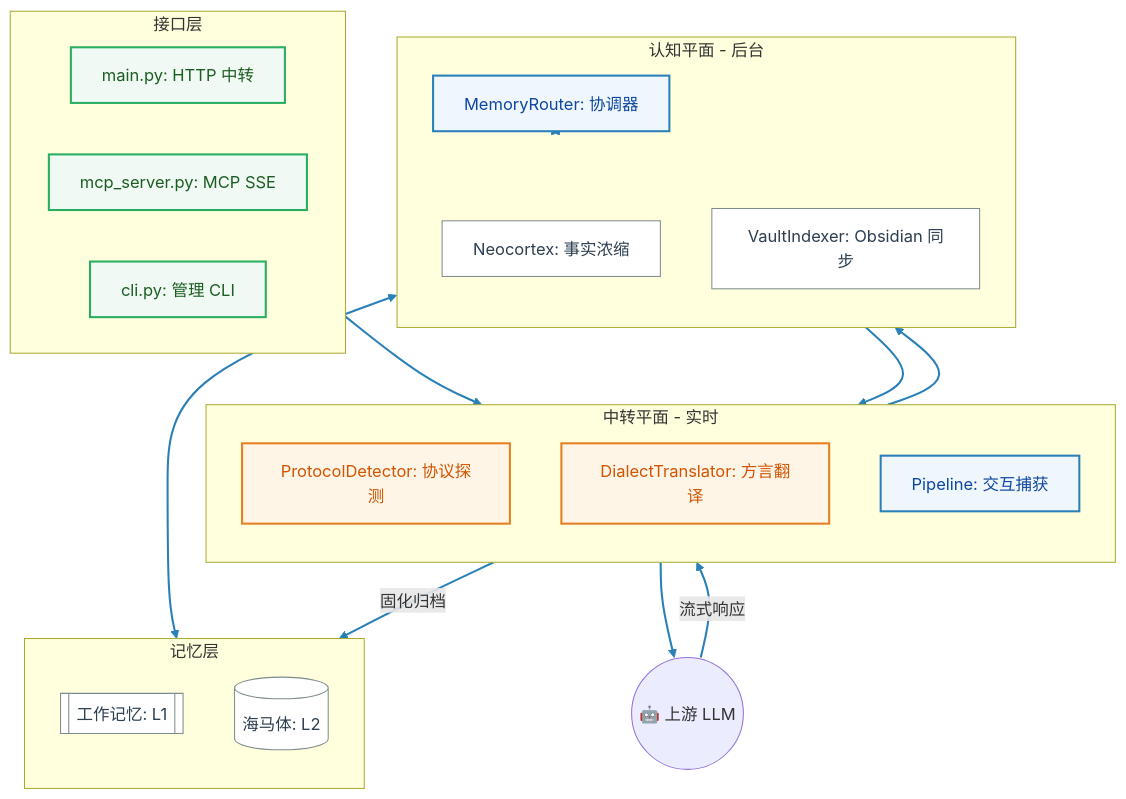
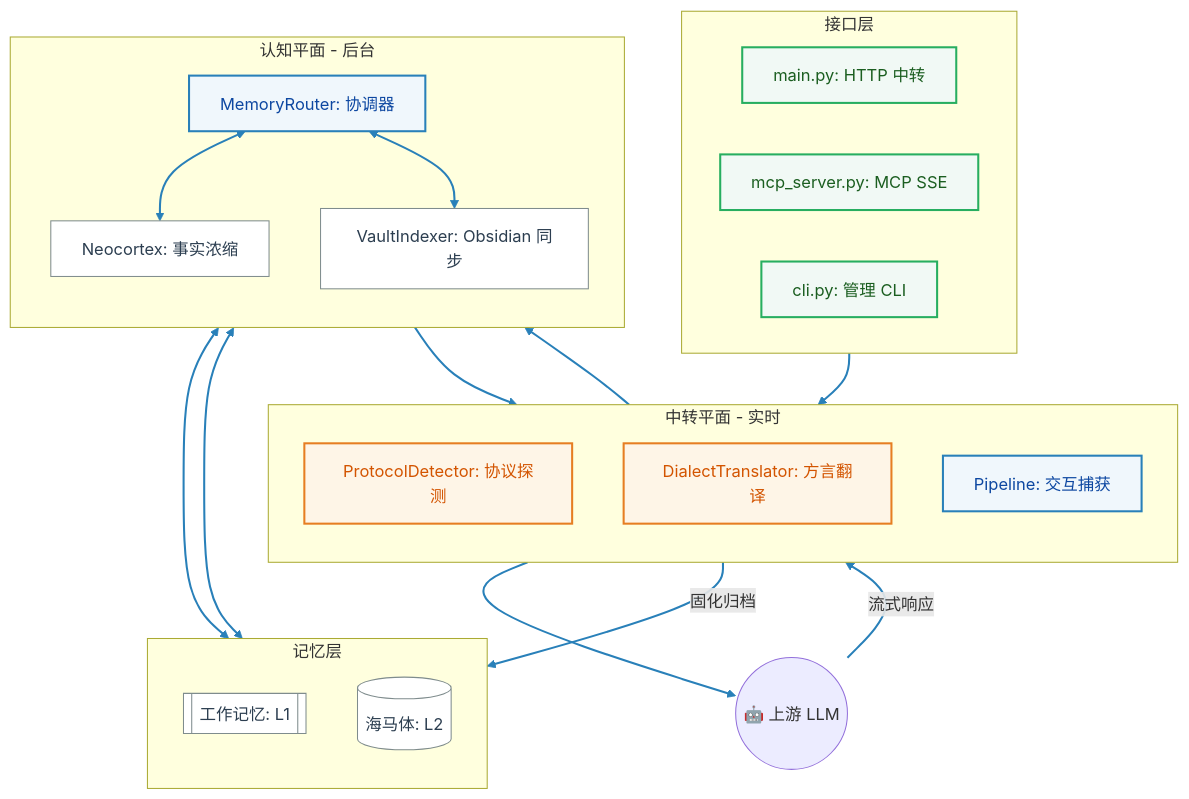
One commit to winnerineast/ClawBrain changed the diagram in README_CN.md. Above: the diagram before and after it, drawn with Mermaid. The commit also changed 1 other file, not shown here.

Commit message:
fix(docs): use linkStyle default in Mermaid diagrams to prevent rendering errors

````diff
--- a/README_CN.md
+++ b/README_CN.md
@@ -156,47 +156,49 @@
 ```mermaid
 flowchart TD
     %% 专业配色方案
     classDef interface_node stroke:#27ae60,stroke-width:2px,fill:#f1f9f5,color:#1b5e20
     classDef gateway_node stroke:#e67e22,stroke-width:2px,fill:#fef5e7,color:#d35400
     classDef core_node stroke:#2980b9,stroke-width:2px,fill:#f0f7fc,color:#0d47a1
     classDef memory_node stroke:#7f8c8d,stroke-width:1px,fill:#ffffff,color:#2c3e50
 
     subgraph Ingress [接口层]
         direction LR
         API[main.py: HTTP 中转]:::interface_node
         MCP[mcp_server.py: MCP SSE]:::interface_node
         CLI[cli.py: 管理 CLI]:::interface_node
     end
 
     subgraph RelayPlane [中转平面 - 实时]
         direction TB
         Detector[ProtocolDetector: 协议探测]:::gateway_node
         Translator[DialectTranslator: 方言翻译]:::gateway_node
         Pipe[Pipeline: 交互捕获]:::core_node
     end
 
     subgraph CognitivePlane [认知平面 - 后台]
         direction TB
         Router[MemoryRouter: 协调器]:::core_node
         Neo[Neocortex: 事实浓缩]:::memory_node
         Vault[VaultIndexer: Obsidian 同步]:::memory_node
     end
 
     subgraph Storage [记忆层]
         direction TB
         L1[[工作记忆: L1]]:::memory_node
         L2[(海马体: L2)]:::memory_node
     end
 
     Ingress --> Detector
     Detector --> Router
-    Router <--> Storage
-    Router <--> CognitivePlane
+    Router <--> L1
+    Router <--> L2
+    Router <--> Neo
+    Router <--> Vault
     Router --> Translator
     Translator --> LLM((🤖 上游 LLM))
     LLM -- 流式响应 --> Pipe
     Pipe -- 固化归档 --> L2
 
-    %% 连线专业样式
-    linkStyle 0,1,2,3,4,5,6,7 stroke:#2980b9,stroke-width:2px
+    %% 全局连线样式
+    linkStyle default stroke:#2980b9,stroke-width:2px
 ```
````
